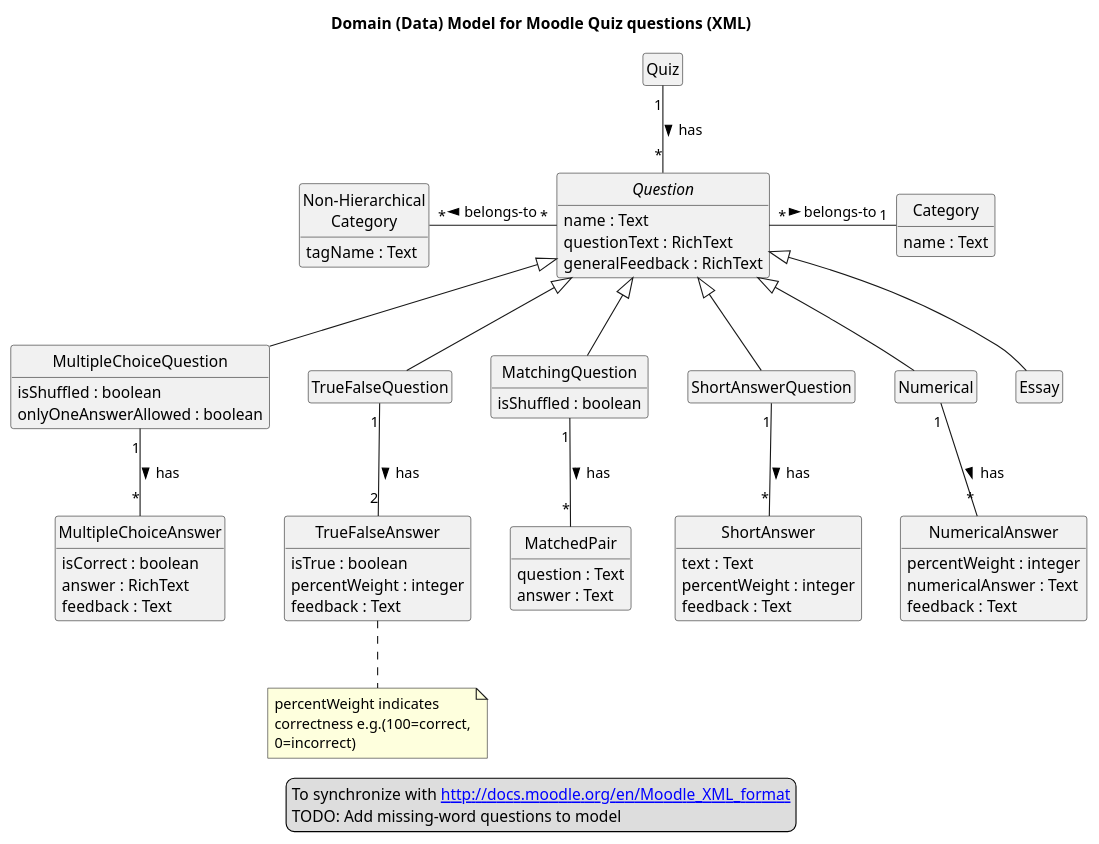
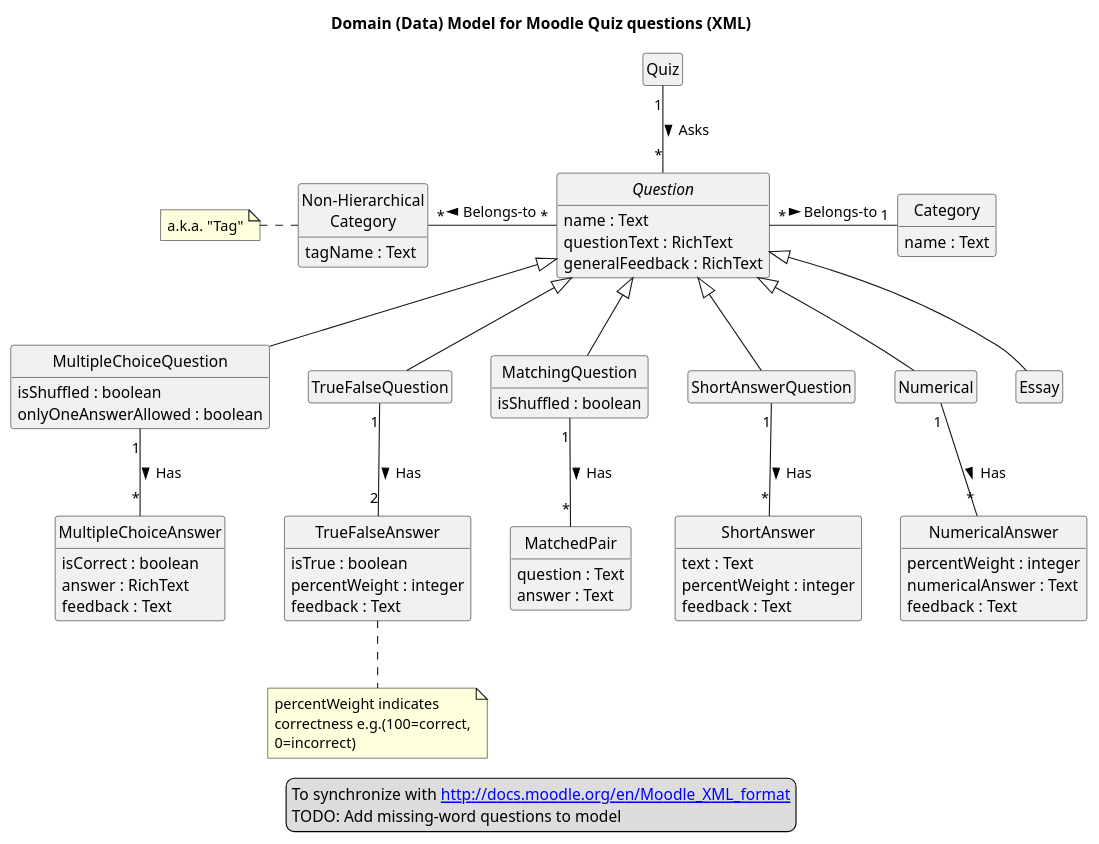
Before and after one commit to fuhrmanator/GIFT-grammar-PEG.js: the diagram in Moodle Question Domain Model.puml, drawn with PlantUML.

Commit message:
Explain Tag, improve verbs

```diff
--- a/Moodle Question Domain Model.puml
+++ b/Moodle Question Domain Model.puml
@@ -1,94 +1,95 @@
 @startuml
 skinparam style strictuml
 hide methods
 hide empty members
 title Domain (Data) Model for Moodle Quiz questions (XML)
 class "Quiz" as Q {
 }
 class "Category" as C {
  name : Text
 }
 
 class "Non-Hierarchical\nCategory" as NHC {
   tagName : Text
 }
+note left: a.k.a. "Tag"
 
 abstract class "Question" as AQ {
   name : Text
   questionText : RichText
   generalFeedback : RichText
 }
 class "MultipleChoiceQuestion" as MCQ  extends AQ {
   isShuffled : boolean
  onlyOneAnswerAllowed : boolean
 }
 
 class "MultipleChoiceAnswer" as MCA   {
  isCorrect : boolean
  answer : RichText
  feedback : Text
 }
-MCQ "1" -- "*" MCA : has >
+MCQ "1" -- "*" MCA : Has >
 
 class "TrueFalseQuestion" as TFQ extends AQ {
 }
 
 class "TrueFalseAnswer" as TFA {
  isTrue : boolean
  percentWeight : integer
  feedback : Text
 }
 
 note bottom
 percentWeight indicates 
 correctness e.g.(100=correct,
 0=incorrect)
 end note
 
-TFQ "1" -- "2" TFA : has >
+TFQ "1" -- "2" TFA : Has >
 
 
 
 class "MatchingQuestion" as MQ extends AQ {
 isShuffled : boolean
 }
 class "MatchedPair" as SQ {
  question : Text
  answer : Text
 }
-MQ "1" -- "*" SQ : has >
+MQ "1" -- "*" SQ : Has >
 
 class "ShortAnswerQuestion" as SAQ extends AQ {
 }
 
 class "ShortAnswer" as SA {
  text : Text 
  percentWeight : integer
  feedback : Text
 }
 
-SAQ "1" -- "*" SA : has >
+SAQ "1" -- "*" SA : Has >
 
 class "Numerical" as NQ extends AQ {
 }
 class "NumericalAnswer" as NA {
  percentWeight : integer
  numericalAnswer : Text
  feedback : Text
 }
 
-NQ "1" -- "*" NA : has >
+NQ "1" -- "*" NA : Has >
 
 class "Essay" as EQ extends AQ {
 }
 
-Q "1" -- "*" AQ : has >
-AQ "*" - "1" C : belongs-to >
-AQ "*" -left- "*" NHC : belongs-to >
+Q "1" -- "*" AQ : Asks >
+AQ "*" - "1" C : Belongs-to >
+AQ "*" -left- "*" NHC : Belongs-to >
 
 legend center
 To synchronize with [[http://docs.moodle.org/en/Moodle_XML_format]]
 TODO: Add missing-word questions to model
 endlegend
 
 @enduml
```
